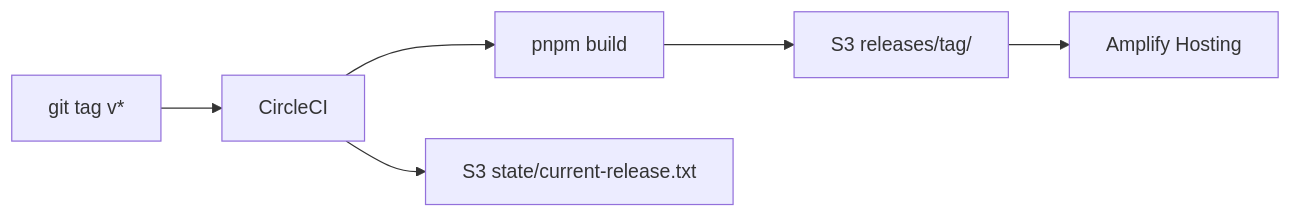
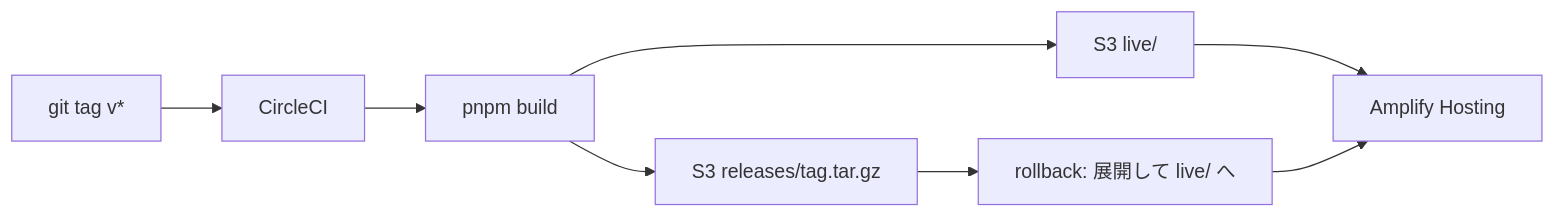
Before and after one commit to hidetaka-cci/demo-tanstack-amplify-s3: the diagram in README.md, drawn with Mermaid. The commit also changed other lines of this file and 3 other files, not shown here.

First line of the commit message:
Add archive-based deploy and no-rebuild rollback pipeline

````diff
--- a/README.md
+++ b/README.md
@@ -22,8 +22,10 @@
 ```mermaid
 flowchart LR
   tag["git tag v*"] --> cci["CircleCI"]
   cci --> build["pnpm build"]
-  build --> s3["S3 releases/tag/"]
-  s3 --> amplify["Amplify Hosting"]
-  cci --> state["S3 state/current-release.txt"]
+  build --> archive["S3 releases/tag.tar.gz"]
+  build --> live["S3 live/"]
+  live --> amplify["Amplify Hosting"]
+  archive --> rollback["rollback: 展開して live/ へ"]
+  rollback --> amplify
 ```
````
